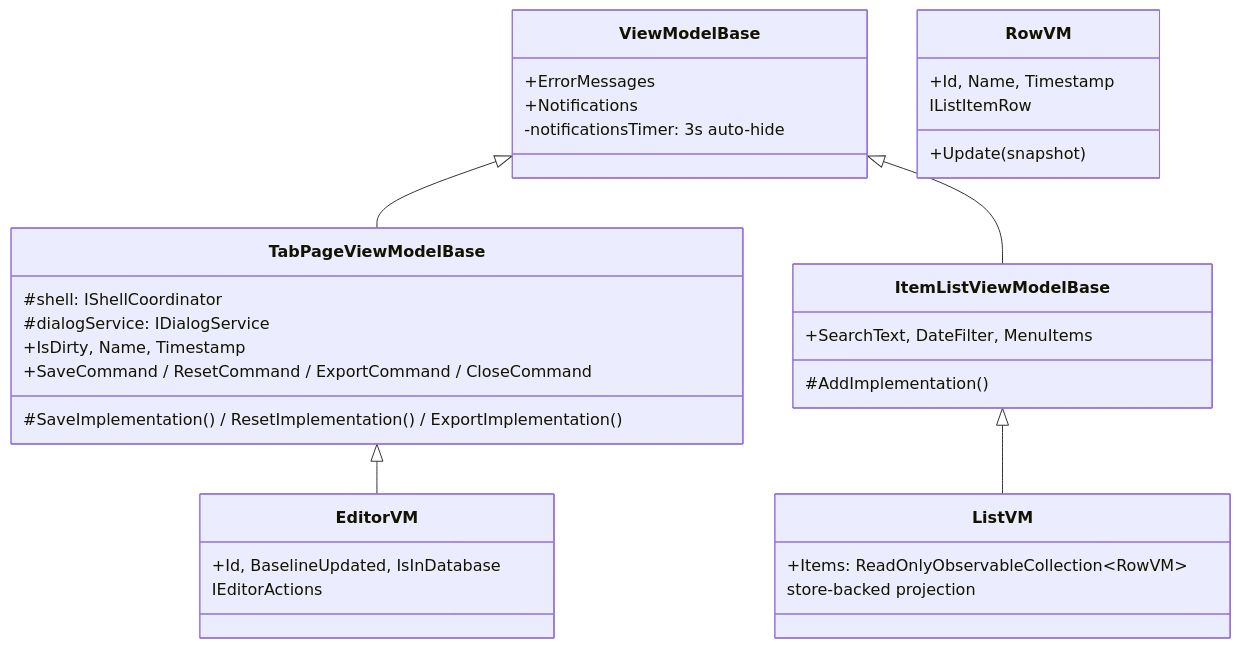
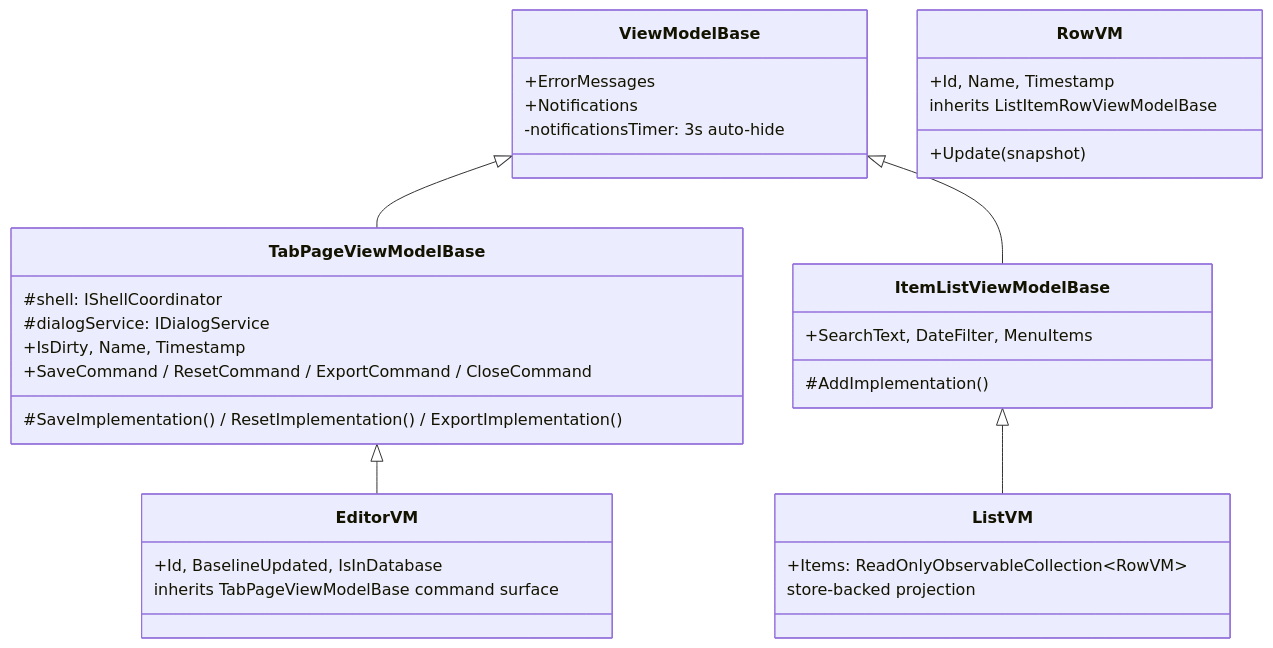
Before and after one commit to MoridinBG/Sufni.app: the second of 2 diagrams in docs/architecture/ui.md, drawn with Mermaid. The commit also changed other lines of this file and 14 other files, not shown here.

````diff
--- a/docs/architecture/ui.md
+++ b/docs/architecture/ui.md
@@ -236,42 +236,42 @@
 ```mermaid
 classDiagram
     class ViewModelBase {
         +ErrorMessages
         +Notifications
         -notificationsTimer: 3s auto-hide
     }
 
     class TabPageViewModelBase {
         #shell: IShellCoordinator
         #dialogService: IDialogService
         +IsDirty, Name, Timestamp
         +SaveCommand / ResetCommand / ExportCommand / CloseCommand
         #SaveImplementation() / ResetImplementation() / ExportImplementation()
     }
 
     class ItemListViewModelBase {
         +SearchText, DateFilter, MenuItems
         #AddImplementation()
     }
 
     class EditorVM {
         +Id, BaselineUpdated, IsInDatabase
-        IEditorActions
+      inherits TabPageViewModelBase command surface
     }
 
     class ListVM {
         +Items: ReadOnlyObservableCollection~RowVM~
         store-backed projection
     }
 
     class RowVM {
         +Id, Name, Timestamp
-        IListItemRow
+      inherits ListItemRowViewModelBase
         +Update(snapshot)
     }
 
     ViewModelBase <|-- TabPageViewModelBase
     ViewModelBase <|-- ItemListViewModelBase
     TabPageViewModelBase <|-- EditorVM
     ItemListViewModelBase <|-- ListVM
 ```
````
